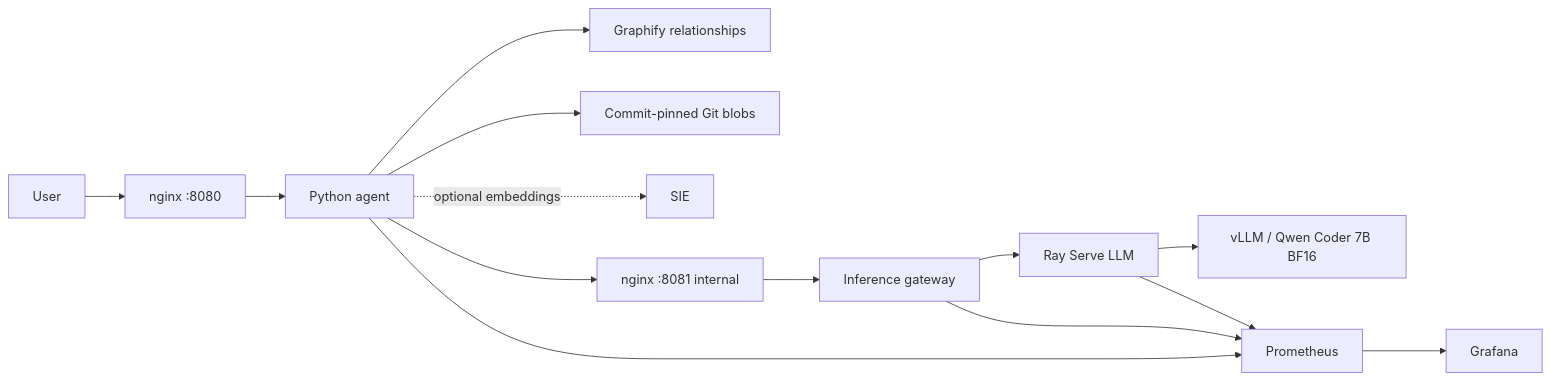
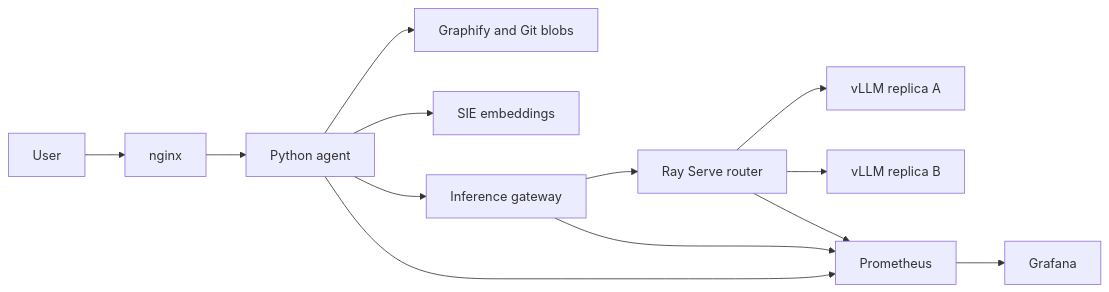
Before and after one commit to chandraS/GraphServe: the diagram in README.md, drawn with Mermaid. The commit also changed other lines of this file and 55 other files, not shown here.

````diff
--- a/README.md
+++ b/README.md
@@ -34,16 +28,15 @@
 ```mermaid
 flowchart LR
-    U[User] --> N[nginx :8080]
+    U[User] --> N[nginx]
     N --> A[Python agent]
-    A --> G[Graphify relationships]
-    A --> B[Commit-pinned Git blobs]
-    A -. optional embeddings .-> S[SIE]
-    A --> I[nginx :8081 internal]
-    I --> W[Inference gateway]
-    W --> R[Ray Serve LLM]
-    R --> V[vLLM / Qwen Coder 7B BF16]
+    A --> G[Graphify and Git blobs]
+    A --> S[SIE embeddings]
+    A --> W[Inference gateway]
+    W --> R[Ray Serve router]
+    R --> V1[vLLM replica A]
+    R --> V2[vLLM replica B]
     A --> P[Prometheus]
     W --> P
     R --> P
     P --> F[Grafana]
 ```
````
